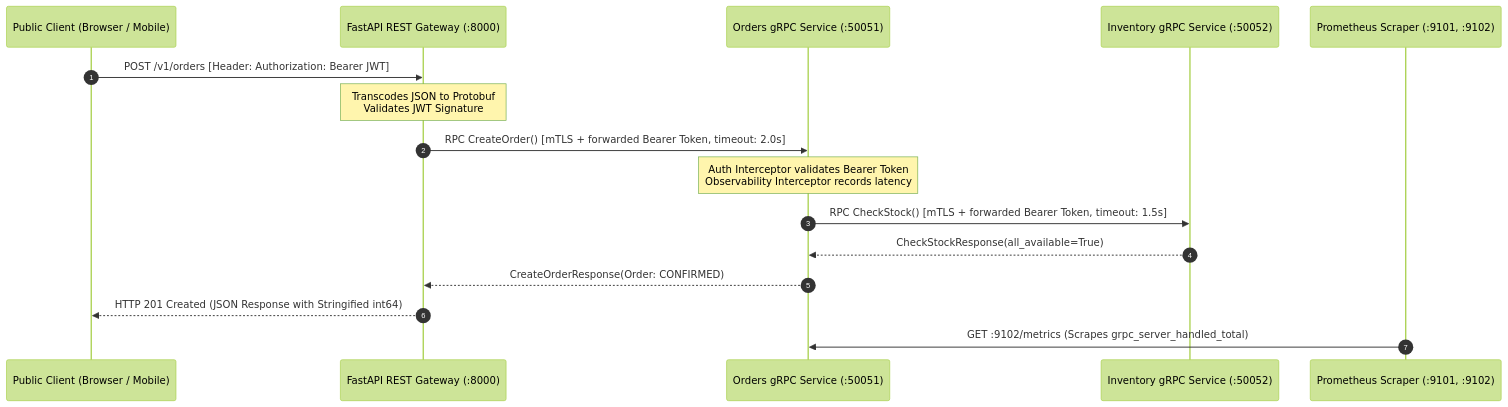
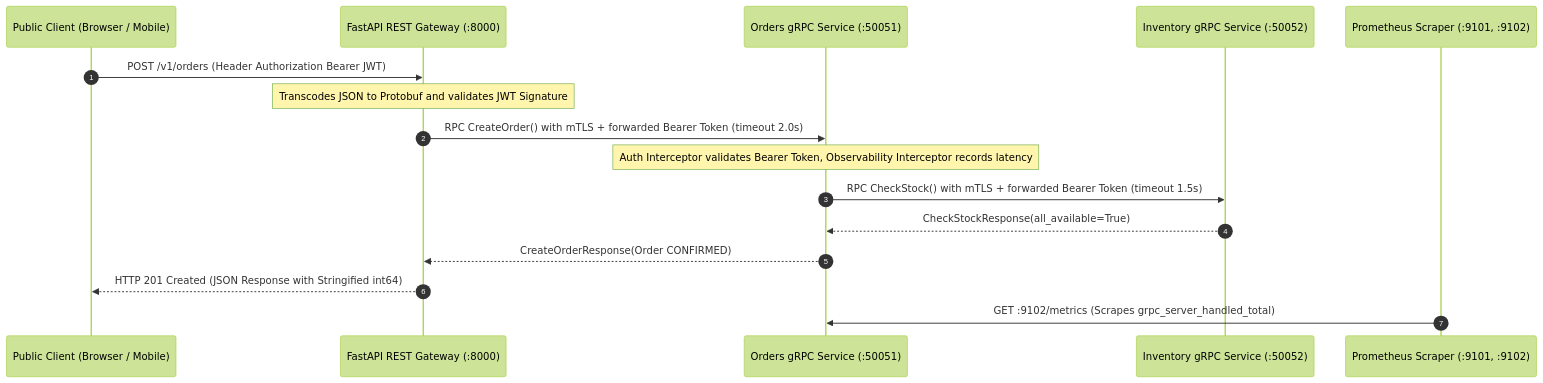
One commit to TapanKumarBarik/Backend-roadmap changed the first of 4 diagrams in content/backend/16-grpc-deep-dive/06-project-build-a-grpc-microservice-system/README.md. Above: the diagram before and after it, drawn with Mermaid (forest theme). The commit also changed other lines of this file and 3 other files, not shown here.

````diff
--- a/content/backend/16-grpc-deep-dive/06-project-build-a-grpc-microservice-system/README.md
+++ b/content/backend/16-grpc-deep-dive/06-project-build-a-grpc-microservice-system/README.md
@@ -6,19 +10,19 @@
 ```mermaid
 sequenceDiagram
     autonumber
     participant Client as Public Client (Browser / Mobile)
     participant Gateway as FastAPI REST Gateway (:8000)
     participant OrdersSvc as Orders gRPC Service (:50051)
     participant InvSvc as Inventory gRPC Service (:50052)
     participant Prom as Prometheus Scraper (:9101, :9102)
 
-    Client->>Gateway: POST /v1/orders [Header: Authorization: Bearer JWT]
-    Note over Gateway: Transcodes JSON to Protobuf<br/>Validates JWT Signature
-    Gateway->>OrdersSvc: RPC CreateOrder() [mTLS + forwarded Bearer Token, timeout: 2.0s]
-    Note over OrdersSvc: Auth Interceptor validates Bearer Token<br/>Observability Interceptor records latency
-    OrdersSvc->>InvSvc: RPC CheckStock() [mTLS + forwarded Bearer Token, timeout: 1.5s]
+    Client->>Gateway: POST /v1/orders (Header Authorization Bearer JWT)
+    Note over Gateway: Transcodes JSON to Protobuf and validates JWT Signature
+    Gateway->>OrdersSvc: RPC CreateOrder() with mTLS + forwarded Bearer Token (timeout 2.0s)
+    Note over OrdersSvc: Auth Interceptor validates Bearer Token, Observability Interceptor records latency
+    OrdersSvc->>InvSvc: RPC CheckStock() with mTLS + forwarded Bearer Token (timeout 1.5s)
     InvSvc-->>OrdersSvc: CheckStockResponse(all_available=True)
-    OrdersSvc-->>Gateway: CreateOrderResponse(Order: CONFIRMED)
+    OrdersSvc-->>Gateway: CreateOrderResponse(Order CONFIRMED)
     Gateway-->>Client: HTTP 201 Created (JSON Response with Stringified int64)
     Prom->>OrdersSvc: GET :9102/metrics (Scrapes grpc_server_handled_total)
 ```
````
